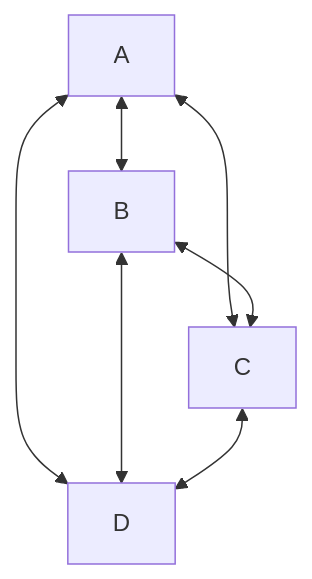
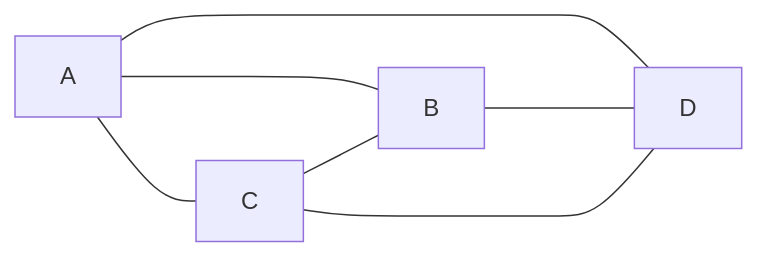
The third of 5 diagrams in logica/teoria_dos_grafos.md (luc-gh/TCC), drawn with Mermaid before and after one commit. The commit also changed other lines of this file, not shown here.

````diff
--- a/logica/teoria_dos_grafos.md
+++ b/logica/teoria_dos_grafos.md
@@ -102,9 +124,9 @@
 ```mermaid
-graph TD
-   A <--> B
-   A <--> C
-   A <--> D
-   B <--> C
-   B <--> D
-   C <--> D
+graph LR
+   A --- B
+   A --- C
+   A --- D
+   C --- B
+   B ---- D
+   C --- D
 ```
````
